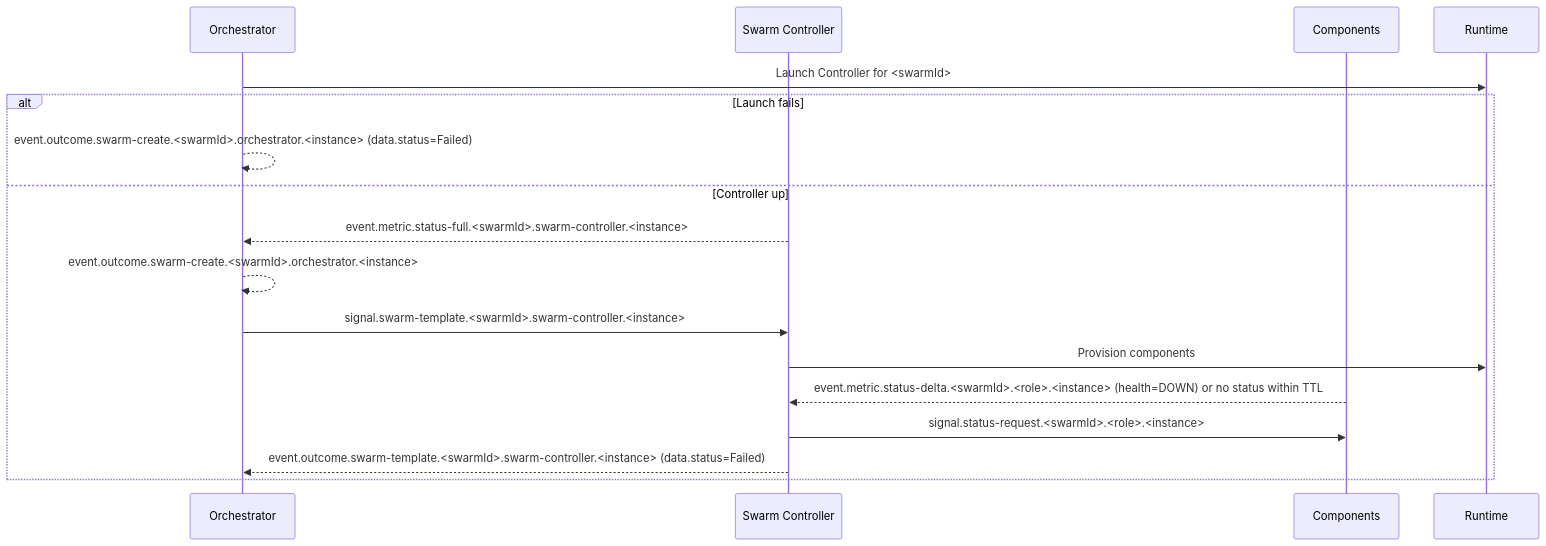
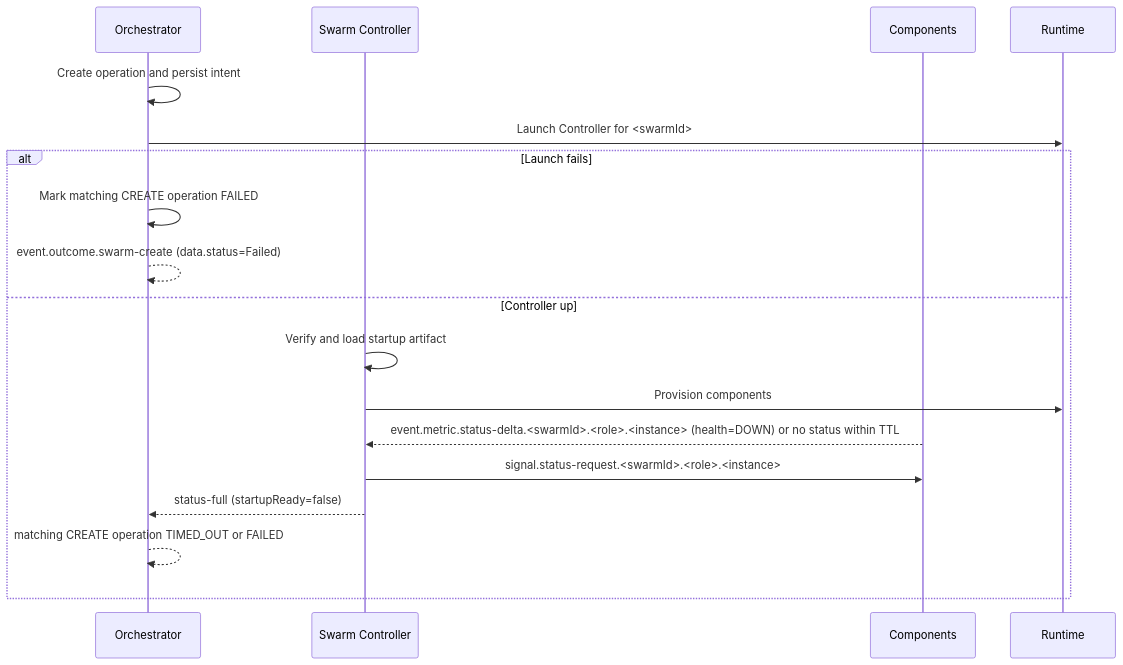
The sixth of 6 diagrams in docs/ARCHITECTURE.md (sepa79/PocketHive), drawn with Mermaid before and after one commit. The commit also changed other lines of this file and 210 other files, not shown here.

````diff
--- a/docs/ARCHITECTURE.md
+++ b/docs/ARCHITECTURE.md
@@ -640,20 +707,21 @@
 ```mermaid
 sequenceDiagram
   participant QN as Orchestrator
   participant MSH as Swarm Controller
   participant CMP as Components
   participant RT as Runtime
 
+  QN->>QN: Create operation and persist intent
   QN->>RT: Launch Controller for <swarmId>
   alt Launch fails
-    QN-->>QN: event.outcome.swarm-create.<swarmId>.orchestrator.<instance> (data.status=Failed)
+    QN->>QN: Mark matching CREATE operation FAILED
+    QN-->>QN: event.outcome.swarm-create (data.status=Failed)
   else Controller up
-    MSH-->>QN: event.metric.status-full.<swarmId>.swarm-controller.<instance>
-    QN-->>QN: event.outcome.swarm-create.<swarmId>.orchestrator.<instance>
-    QN->>MSH: signal.swarm-template.<swarmId>.swarm-controller.<instance>
+    MSH->>MSH: Verify and load startup artifact
     MSH->>RT: Provision components
     CMP-->>MSH: event.metric.status-delta.<swarmId>.<role>.<instance> (health=DOWN) or no status within TTL
     MSH->>CMP: signal.status-request.<swarmId>.<role>.<instance>
-    MSH-->>QN: event.outcome.swarm-template.<swarmId>.swarm-controller.<instance> (data.status=Failed)
+    MSH-->>QN: status-full (startupReady=false)
+    QN-->>QN: matching CREATE operation TIMED_OUT or FAILED
   end
 ```
````
